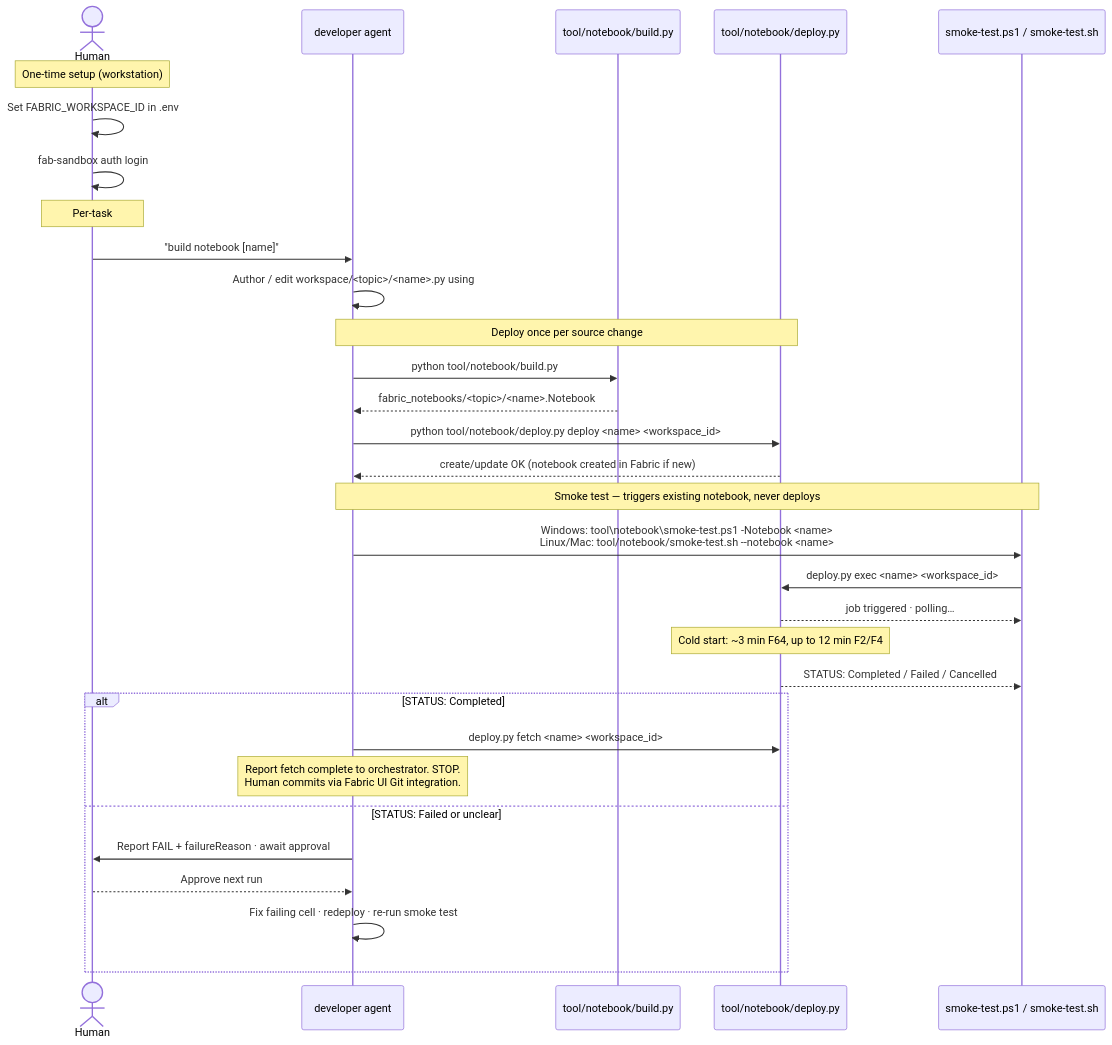
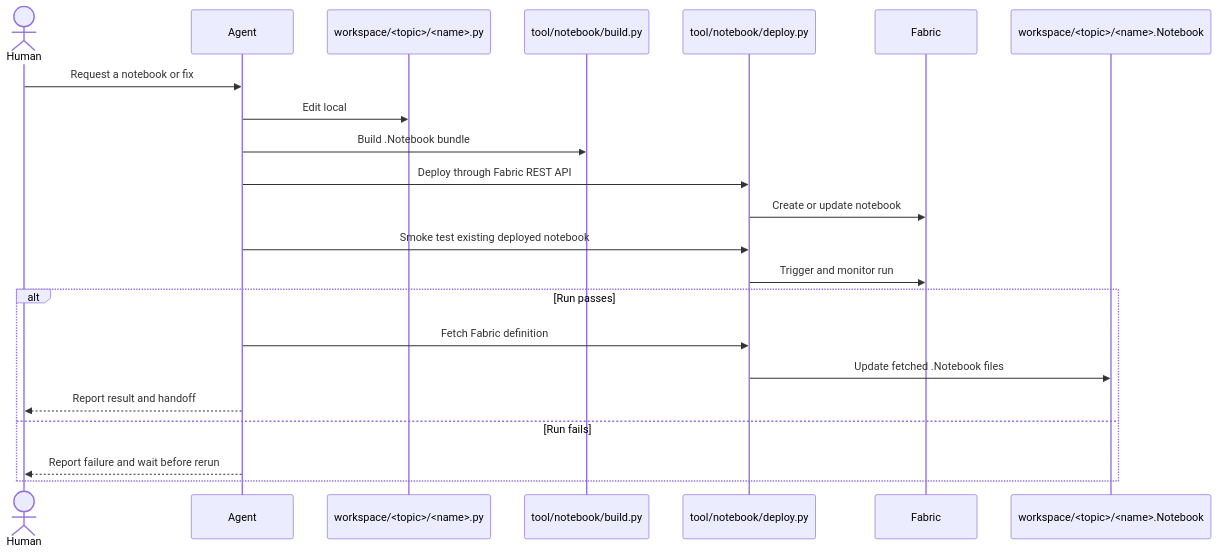
One commit to scardoso-lu/fabric-skills-settings changed the third of 5 diagrams in docs/learn-more.md. Above: the diagram before and after it, drawn with Mermaid. The commit also changed other lines of this file and 2 other files, not shown here.

````diff
--- a/docs/learn-more.md
+++ b/docs/learn-more.md
@@ -101,38 +111,25 @@
 ```mermaid
 sequenceDiagram
     actor Human
-    participant Dev as developer agent
+    participant Agent as Agent
+    participant Source as workspace/<topic>/<name>.py
     participant Build as tool/notebook/build.py
     participant Deploy as tool/notebook/deploy.py
-    participant Smoke as smoke-test.ps1 / smoke-test.sh
+    participant Fabric as Fabric
+    participant Fetched as workspace/<topic>/<name>.Notebook
 
-    Note over Human: One-time setup (workstation)
-    Human->>Human: Set FABRIC_WORKSPACE_ID in .env
-    Human->>Human: fab-sandbox auth login
-    Note over Human: Per-task
-    Human->>Dev: "build notebook [name]"
-    Dev->>Dev: Author / edit workspace/<topic>/<name>.py using # %% cell markers
-
-    Note over Dev,Deploy: Deploy once per source change
-    Dev->>Build: python tool/notebook/build.py
-    Build-->>Dev: fabric_notebooks/<topic>/<name>.Notebook
-
-    Dev->>Deploy: python tool/notebook/deploy.py deploy <name> <workspace_id>
-    Deploy-->>Dev: create/update OK (notebook created in Fabric if new)
-
-    Note over Dev,Smoke: Smoke test — triggers existing notebook, never deploys
-    Dev->>Smoke: Windows: tool\notebook\smoke-test.ps1 -Notebook <name><br/>Linux/Mac: tool/notebook/smoke-test.sh --notebook <name>
-    Smoke->>Deploy: deploy.py exec <name> <workspace_id>
-    Deploy-->>Smoke: job triggered · polling…
-    Note over Deploy: Cold start: ~3 min F64, up to 12 min F2/F4
-    Deploy-->>Smoke: STATUS: Completed / Failed / Cancelled
-
-    alt STATUS: Completed
-        Dev->>Deploy: deploy.py fetch <name> <workspace_id>
-        Note over Dev: Report fetch complete to orchestrator. STOP.<br/>Human commits via Fabric UI Git integration.
-    else STATUS: Failed or unclear
-        Dev->>Human: Report FAIL + failureReason · await approval
-        Human-->>Dev: Approve next run
-        Dev->>Dev: Fix failing cell · redeploy · re-run smoke test
+    Human->>Agent: Request a notebook or fix
+    Agent->>Source: Edit local # %% source
+    Agent->>Build: Build .Notebook bundle
+    Agent->>Deploy: Deploy through Fabric REST API
+    Deploy->>Fabric: Create or update notebook
+    Agent->>Deploy: Smoke test existing deployed notebook
+    Deploy->>Fabric: Trigger and monitor run
+    alt Run passes
+        Agent->>Deploy: Fetch Fabric definition
+        Deploy->>Fetched: Update fetched .Notebook files
+        Agent-->>Human: Report result and handoff
+    else Run fails
+        Agent-->>Human: Report failure and wait before rerun
     end
 ```
````
